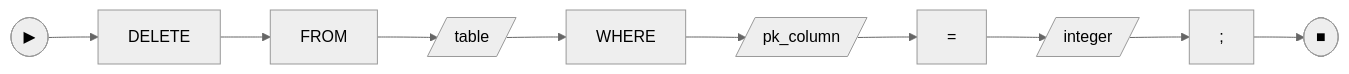
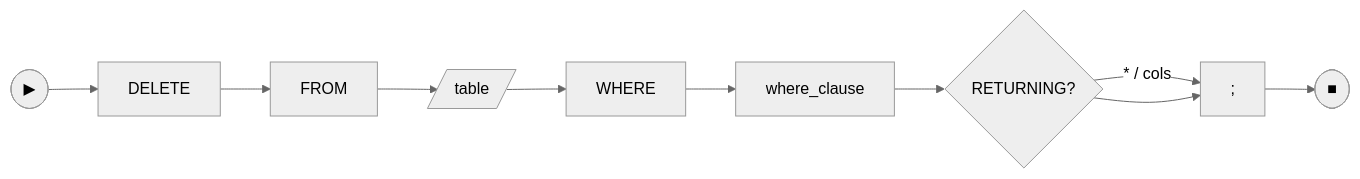
Diagram 15 of 17 in docs/SQL_REFERENCE.md (vladimiracunadev-create/gabysql), drawn with Mermaid (neutral theme) before and after one commit. The commit also changed other lines of this file and 2 other files, not shown here.

````diff
--- a/docs/SQL_REFERENCE.md
+++ b/docs/SQL_REFERENCE.md
@@ -882,5 +928,9 @@
 ```mermaid
 flowchart LR
     S([▶]) --> D[DELETE] --> F[FROM] --> T[/table/]
-    T --> WH[WHERE] --> PK[/pk_column/] --> EQ["="] --> N[/integer/] --> SEMI[";"] --> E([■])
+    T --> WH[WHERE] --> WC[where_clause]
+    WC --> RET{RETURNING?}
+    RET -- "*  /  cols" --> SEMI[";"]
+    RET --> SEMI
+    SEMI --> E([■])
 ```
````
